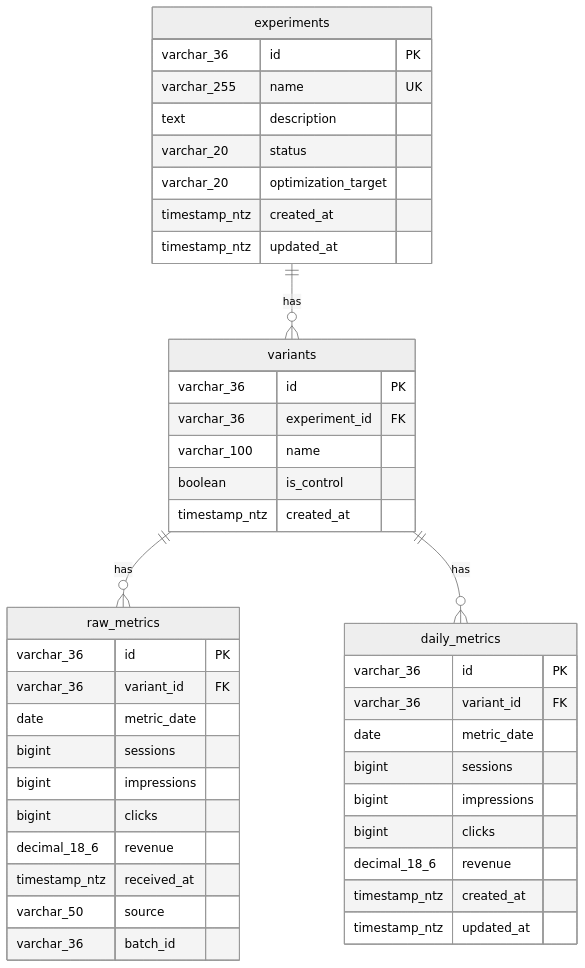
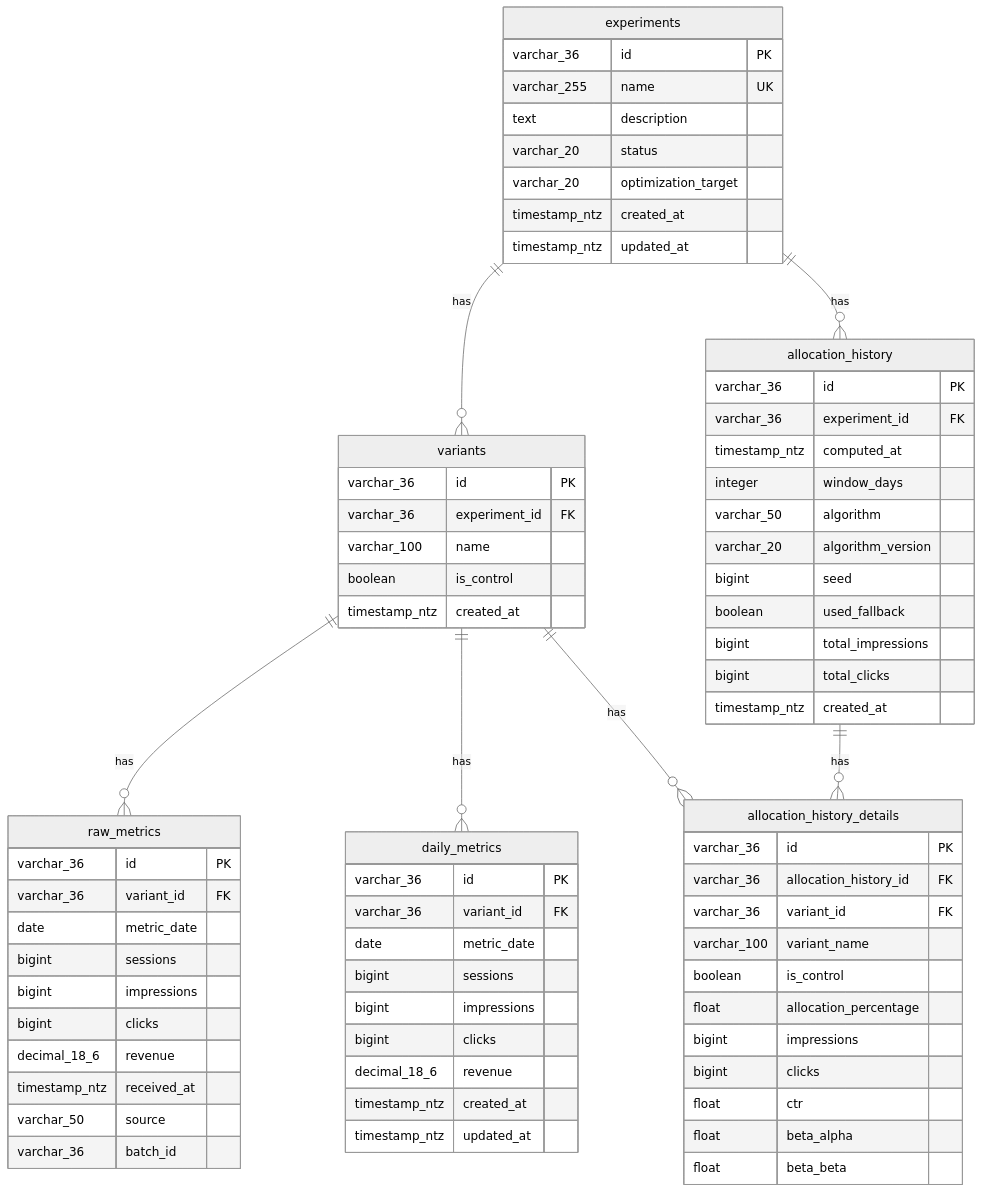
The diagram in mab-api-git/docs/ERD.md (WillNery/mab-optimization-api), drawn with Mermaid (neutral theme) before and after one commit. The commit also changed other lines of this file, not shown here.

````diff
--- a/mab-api-git/docs/ERD.md
+++ b/mab-api-git/docs/ERD.md
@@ -5,49 +5,80 @@
 ```mermaid
 erDiagram
     experiments ||--o{ variants : "has"
+    experiments ||--o{ allocation_history : "has"
     variants ||--o{ raw_metrics : "has"
     variants ||--o{ daily_metrics : "has"
+    allocation_history ||--o{ allocation_history_details : "has"
+    variants ||--o{ allocation_history_details : "has"
 
     experiments {
         varchar_36 id PK
         varchar_255 name UK
         text description
         varchar_20 status
         varchar_20 optimization_target
         timestamp_ntz created_at
         timestamp_ntz updated_at
     }
 
     variants {
         varchar_36 id PK
         varchar_36 experiment_id FK
         varchar_100 name
         boolean is_control
         timestamp_ntz created_at
     }
 
     raw_metrics {
         varchar_36 id PK
         varchar_36 variant_id FK
         date metric_date
         bigint sessions
         bigint impressions
         bigint clicks
         decimal_18_6 revenue
         timestamp_ntz received_at
         varchar_50 source
         varchar_36 batch_id
     }
 
     daily_metrics {
         varchar_36 id PK
         varchar_36 variant_id FK
         date metric_date
         bigint sessions
         bigint impressions
         bigint clicks
         decimal_18_6 revenue
         timestamp_ntz created_at
         timestamp_ntz updated_at
     }
+
+    allocation_history {
+        varchar_36 id PK
+        varchar_36 experiment_id FK
+        timestamp_ntz computed_at
+        integer window_days
+        varchar_50 algorithm
+        varchar_20 algorithm_version
+        bigint seed
+        boolean used_fallback
+        bigint total_impressions
+        bigint total_clicks
+        timestamp_ntz created_at
+    }
+
+    allocation_history_details {
+        varchar_36 id PK
+        varchar_36 allocation_history_id FK
+        varchar_36 variant_id FK
+        varchar_100 variant_name
+        boolean is_control
+        float allocation_percentage
+        bigint impressions
+        bigint clicks
+        float ctr
+        float beta_alpha
+        float beta_beta
+    }
 ```
````
